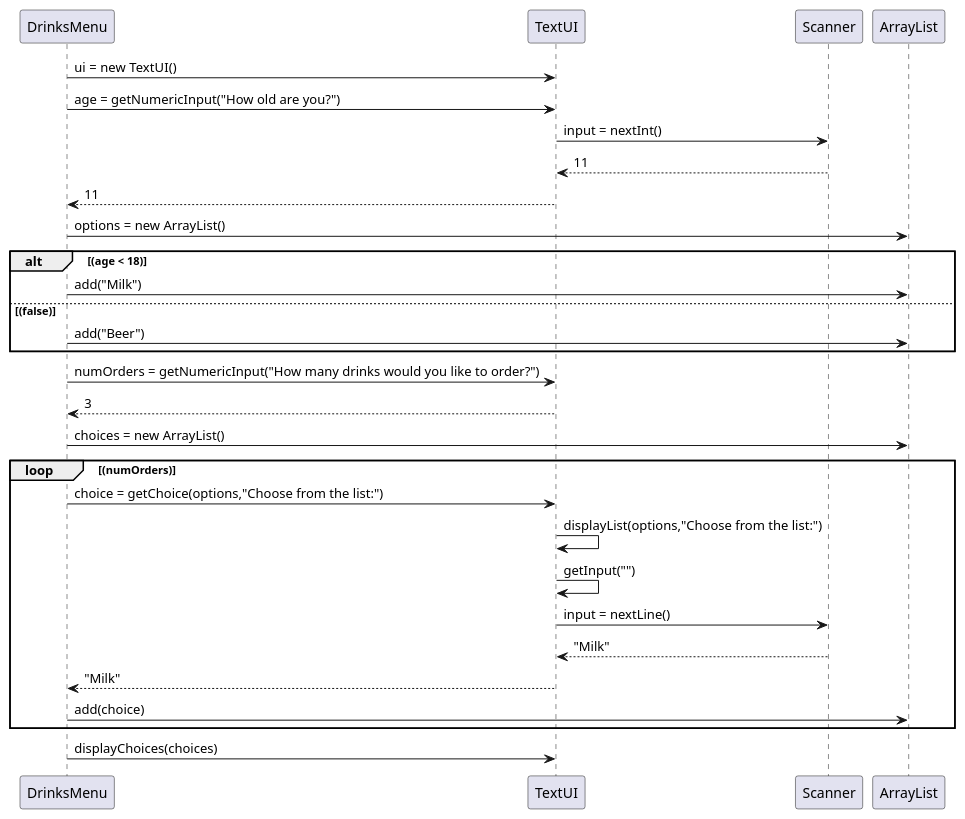
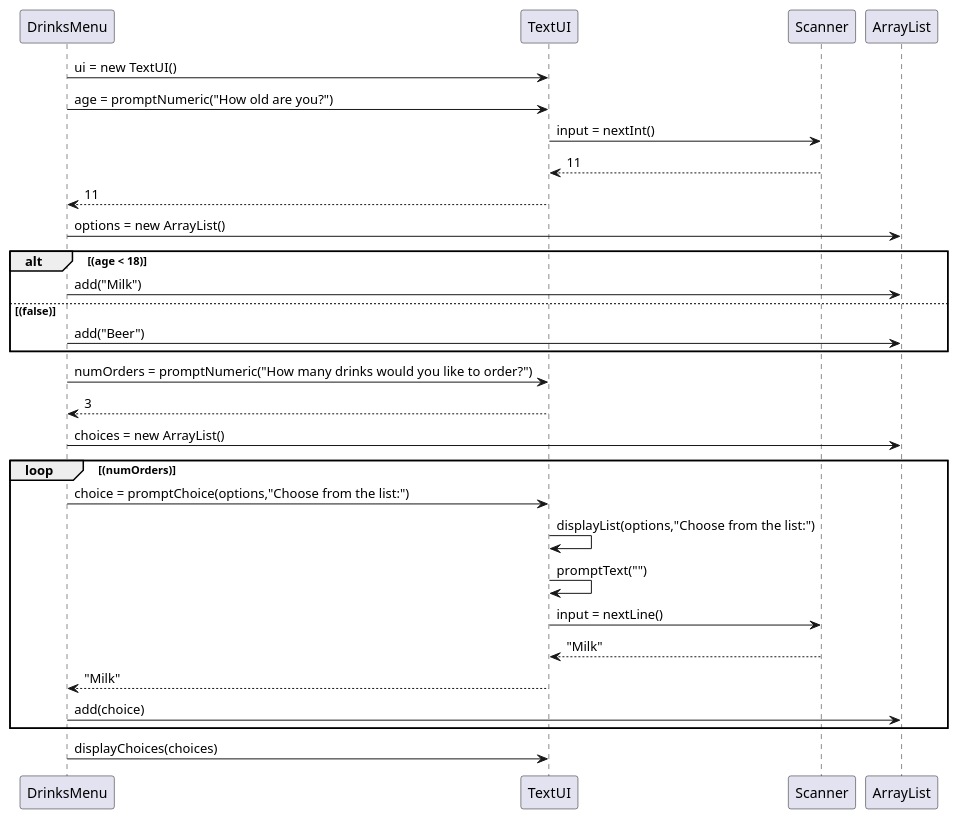
Before and after one commit to Eligoon/DrinksMenu: the diagram in doc/TextUIsequencediagram.puml, drawn with PlantUML. The commit also changed 3 other files, not shown here.

```diff
--- a/doc/TextUIsequencediagram.puml
+++ b/doc/TextUIsequencediagram.puml
@@ -1,41 +1,41 @@
 @startuml
 'https://plantuml.com/sequence-diagram
 
 
 
 DrinksMenu -> TextUI: ui = new TextUI()
-DrinksMenu -> TextUI: age = getNumericInput("How old are you?")
+DrinksMenu -> TextUI: age = promptNumeric("How old are you?")
 TextUI -> Scanner: input = nextInt()
 Scanner --> TextUI: 11
 TextUI --> DrinksMenu: 11
 
 'Create a list for composing an age appropriate menu
 DrinksMenu -> ArrayList:options = new ArrayList()
 
 alt (age < 18)
 'DrinksMenu giver options til ArrayList som skriver "Milk" på plads 0
 DrinksMenu -> ArrayList:add("Milk")
 else (false)
 DrinksMenu -> ArrayList:add("Beer")
 end
 
-DrinksMenu -> TextUI: numOrders = getNumericInput("How many drinks would you like to order?")
+DrinksMenu -> TextUI: numOrders = promptNumeric("How many drinks would you like to order?")
 TextUI --> DrinksMenu: 3
 
 'Create a list for the user's choices (could have been a String array with 3 indexes)
 DrinksMenu -> ArrayList:choices = new ArrayList()
 
 loop (numOrders)
-DrinksMenu -> TextUI: choice = getChoice(options,"Choose from the list:")
+DrinksMenu -> TextUI: choice = promptChoice(options,"Choose from the list:")
 TextUI -> TextUI: displayList(options,"Choose from the list:")
-TextUI -> TextUI: getInput("")
+TextUI -> TextUI: promptText("")
 TextUI -> Scanner: input = nextLine()
 Scanner --> TextUI: "Milk"
 TextUI --> DrinksMenu: "Milk"
 'DrinksMenu giver choices til ArrayList som skriver "Milk" på plads 0
 DrinksMenu -> ArrayList: add(choice)
 end
 
 DrinksMenu -> TextUI: displayChoices(choices)
 
 @enduml
```
